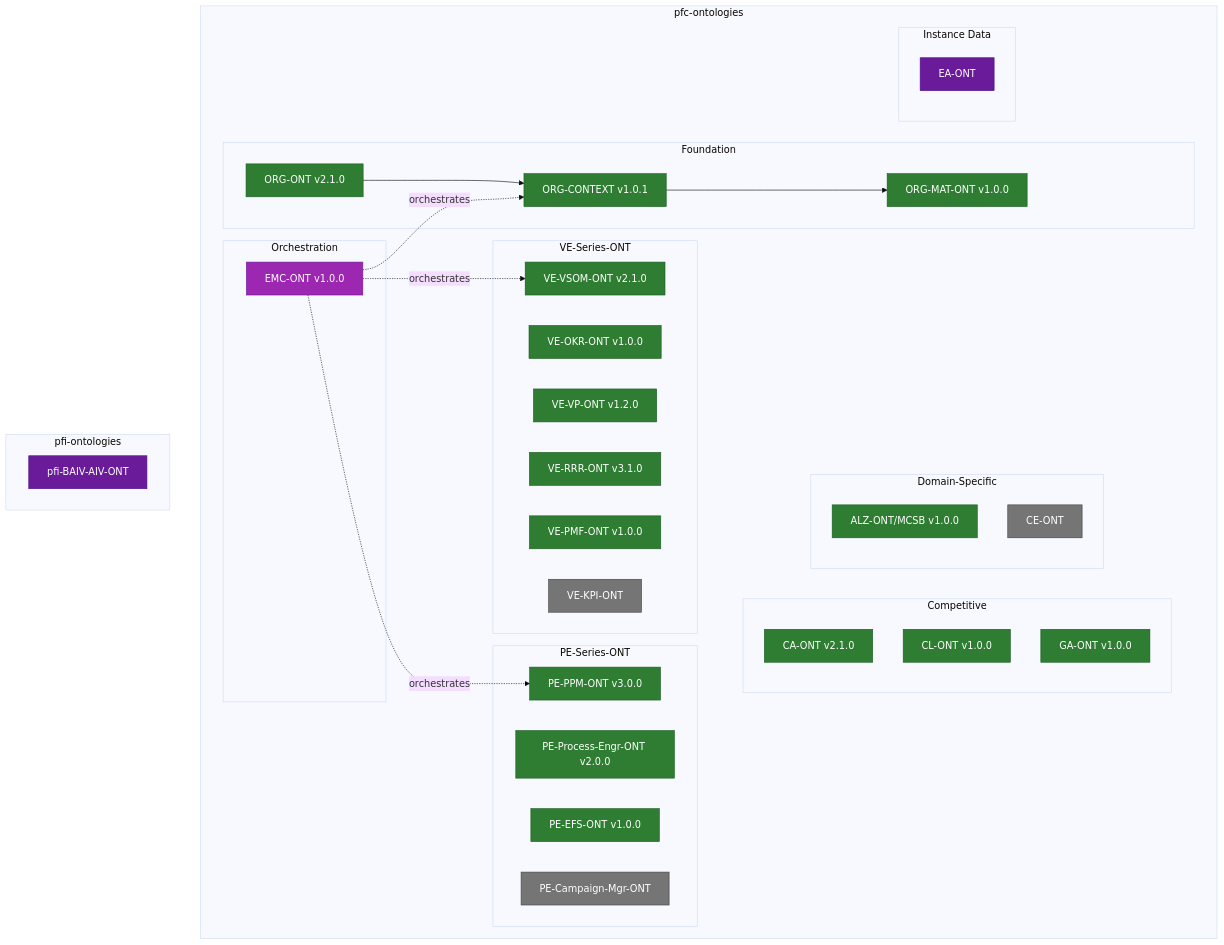
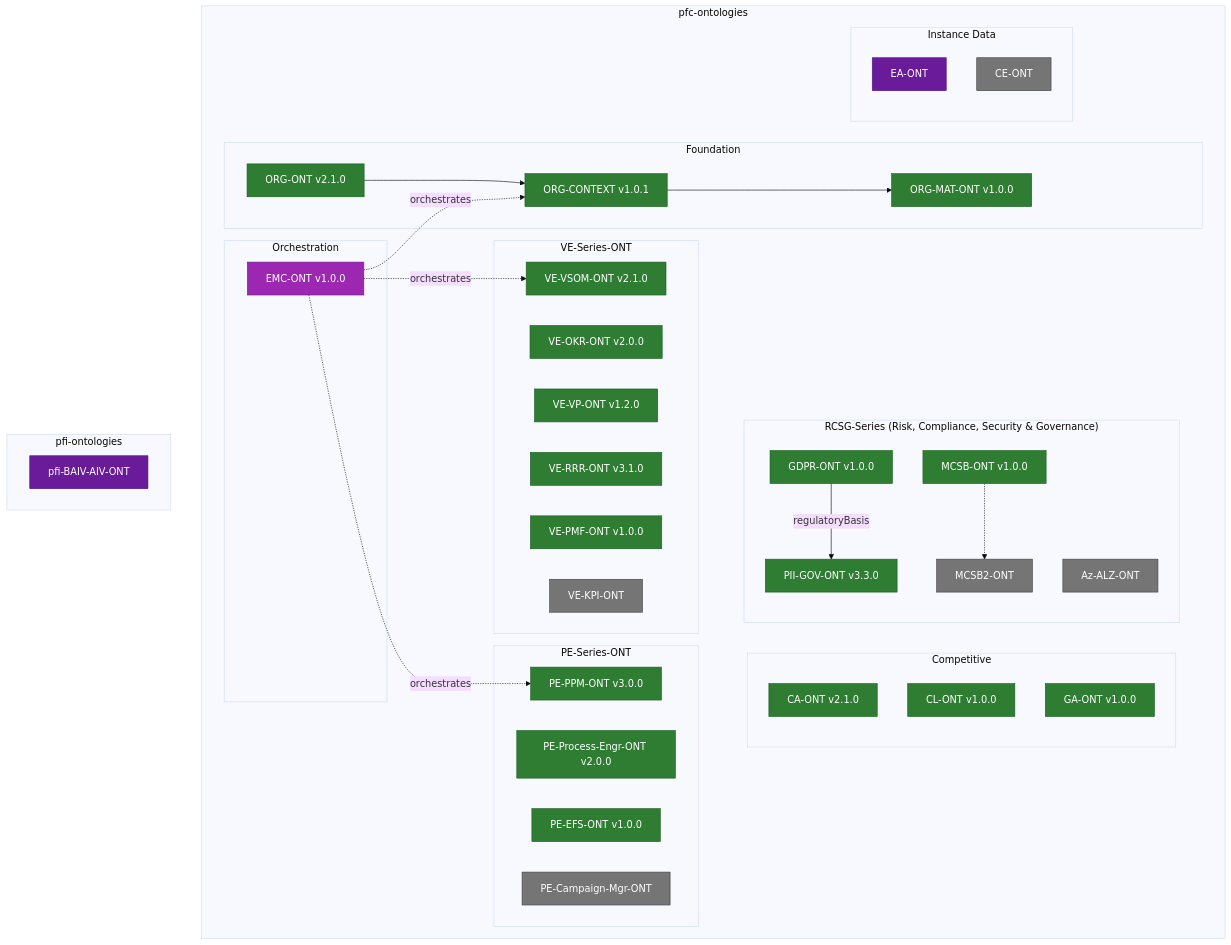
The third of 17 diagrams in PBS/ONTOLOGIES/ONTOLOGY-ARCHITECTURE.md (ajrmooreuk/Azlan-EA-AAA), drawn with Mermaid (base theme) before and after one commit. The commit also changed other lines of this file and 1 other file, not shown here.

First line of the commit message:
Update architecture docs with RCSG-Series and OKR v2.0.0

````diff
--- a/PBS/ONTOLOGIES/ONTOLOGY-ARCHITECTURE.md
+++ b/PBS/ONTOLOGIES/ONTOLOGY-ARCHITECTURE.md
@@ -216,66 +223,72 @@
 ```mermaid
 graph TB
     subgraph "pfc-ontologies"
         subgraph "Orchestration"
             EMC[EMC-ONT v1.0.0]
         end
 
         subgraph "Foundation"
             ORG[ORG-ONT v2.1.0]
             ORG_CTX[ORG-CONTEXT v1.0.1]
             ORG_MAT[ORG-MAT-ONT v1.0.0]
             ORG --> ORG_CTX
             ORG_CTX --> ORG_MAT
         end
 
         subgraph "Competitive"
             CA[CA-ONT v2.1.0]
             CL[CL-ONT v1.0.0]
             GA[GA-ONT v1.0.0]
         end
 
         subgraph "PE-Series-ONT"
             PE_PPM[PE-PPM-ONT v3.0.0]
             PE_PROC[PE-Process-Engr-ONT v2.0.0]
             PE_EFS[PE-EFS-ONT v1.0.0]
             PE_CAMP[PE-Campaign-Mgr-ONT]
         end
 
         subgraph "VE-Series-ONT"
             VE_VSOM[VE-VSOM-ONT v2.1.0]
-            VE_OKR[VE-OKR-ONT v1.0.0]
+            VE_OKR[VE-OKR-ONT v2.0.0]
             VE_VP[VE-VP-ONT v1.2.0]
             VE_RRR[VE-RRR-ONT v3.1.0]
             VE_PMF[VE-PMF-ONT v1.0.0]
             VE_KPI[VE-KPI-ONT]
         end
 
-        subgraph "Domain-Specific"
-            ALZ[ALZ-ONT/MCSB v1.0.0]
-            CE[CE-ONT]
+        subgraph "RCSG-Series (Risk, Compliance, Security & Governance)"
+            MCSB[MCSB-ONT v1.0.0]
+            MCSB2[MCSB2-ONT]
+            GDPR[GDPR-ONT v1.0.0]
+            PII[PII-GOV-ONT v3.3.0]
+            AZALZ[Az-ALZ-ONT]
+            GDPR -->|regulatoryBasis| PII
+            MCSB -.-> MCSB2
         end
 
         subgraph "Instance Data"
             EA[EA-ONT]
+            CE[CE-ONT]
         end
     end
 
     subgraph "pfi-ontologies"
         PFI_BAIV[pfi-BAIV-AIV-ONT]
     end
 
     EMC -.->|orchestrates| ORG_CTX
     EMC -.->|orchestrates| VE_VSOM
     EMC -.->|orchestrates| PE_PPM
 
     classDef orchestration fill:#9c27b0,stroke:#6a1b9a,color:#fff
     classDef production fill:#2e7d32,stroke:#1b5e20,color:#fff
     classDef development fill:#1565c0,stroke:#0d47a1,color:#fff
     classDef placeholder fill:#757575,stroke:#424242,color:#fff
     classDef instance fill:#6a1b9a,stroke:#4a148c,color:#fff
 
     class EMC orchestration
-    class ORG,ORG_CTX,ORG_MAT,CA,CL,GA,PE_PPM,PE_PROC,PE_EFS,VE_VSOM,VE_OKR,VE_VP,VE_RRR,VE_PMF,ALZ production
-    class PE_CAMP,VE_KPI,CE placeholder
+    class ORG,ORG_CTX,ORG_MAT,CA,CL,GA,PE_PPM,PE_PROC,PE_EFS,VE_VSOM,VE_OKR,VE_VP,VE_RRR,VE_PMF,MCSB,GDPR,PII production
+    class PE_CAMP,VE_KPI,CE,MCSB2,AZALZ placeholder
     class EA,PFI_BAIV instance
 ```
````
